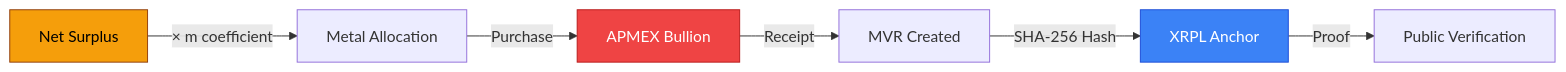
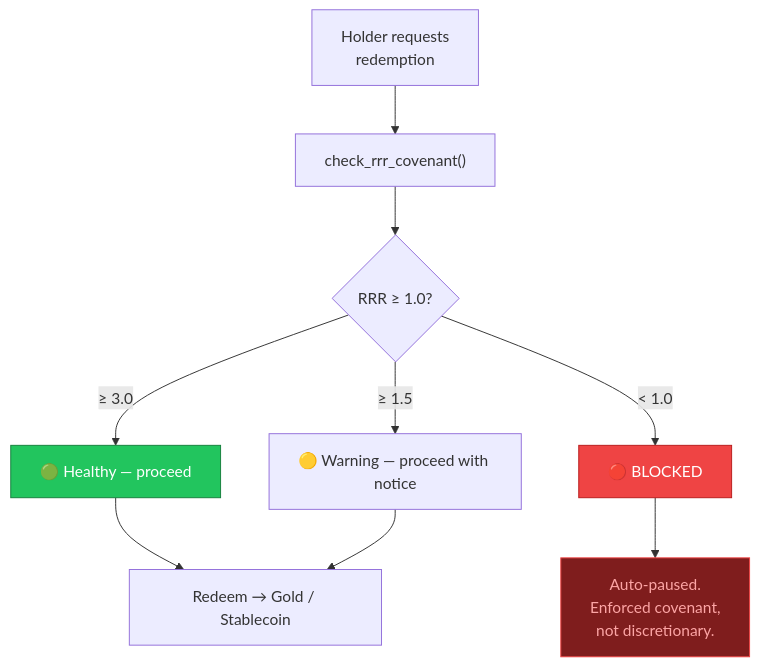
One commit to unykornai/Helios changed the tenth of 13 diagrams in README.md. Above: the diagram before and after it, drawn with Mermaid. The commit also changed other lines of this file, not shown here.

Commit message:
README v2  Power of 5, 4 state machines, neural lattice, cryptographic addressing, conservation law, RRR covenant, 15 Mermaid diagrams

````diff
--- a/README.md
+++ b/README.md
@@ -227,12 +598,15 @@
 ```mermaid
-flowchart LR
-    A[Net Surplus] -->|× m coefficient| B[Metal Allocation]
-    B -->|Purchase| C[APMEX Bullion]
-    C -->|Receipt| D[MVR Created]
-    D -->|SHA-256 Hash| E[XRPL Anchor]
-    E -->|Proof| F[Public Verification]
+flowchart TD
+    A[Holder requests\nredemption] --> B["check_rrr_covenant()"]
+    B --> C{RRR ≥ 1.0?}
+    C -->|"≥ 3.0"| D["🟢 Healthy — proceed"]
+    C -->|"≥ 1.5"| E["🟡 Warning — proceed with notice"]
+    C -->|"< 1.0"| F["🔴 BLOCKED"]
+    F --> G["Auto-paused.\nEnforced covenant,\nnot discretionary."]
+    D --> H[Redeem → Gold / Stablecoin]
+    E --> H
 
-    style A fill:#f59e0b,stroke:#92400e,color:#000
-    style C fill:#ef4444,stroke:#b91c1c,color:#fff
-    style E fill:#3b82f6,stroke:#1d4ed8,color:#fff
+    style F fill:#ef4444,stroke:#b91c1c,color:#fff
+    style G fill:#7f1d1d,stroke:#ef4444,color:#fca5a5
+    style D fill:#22c55e,stroke:#15803d,color:#fff
 ```
````
